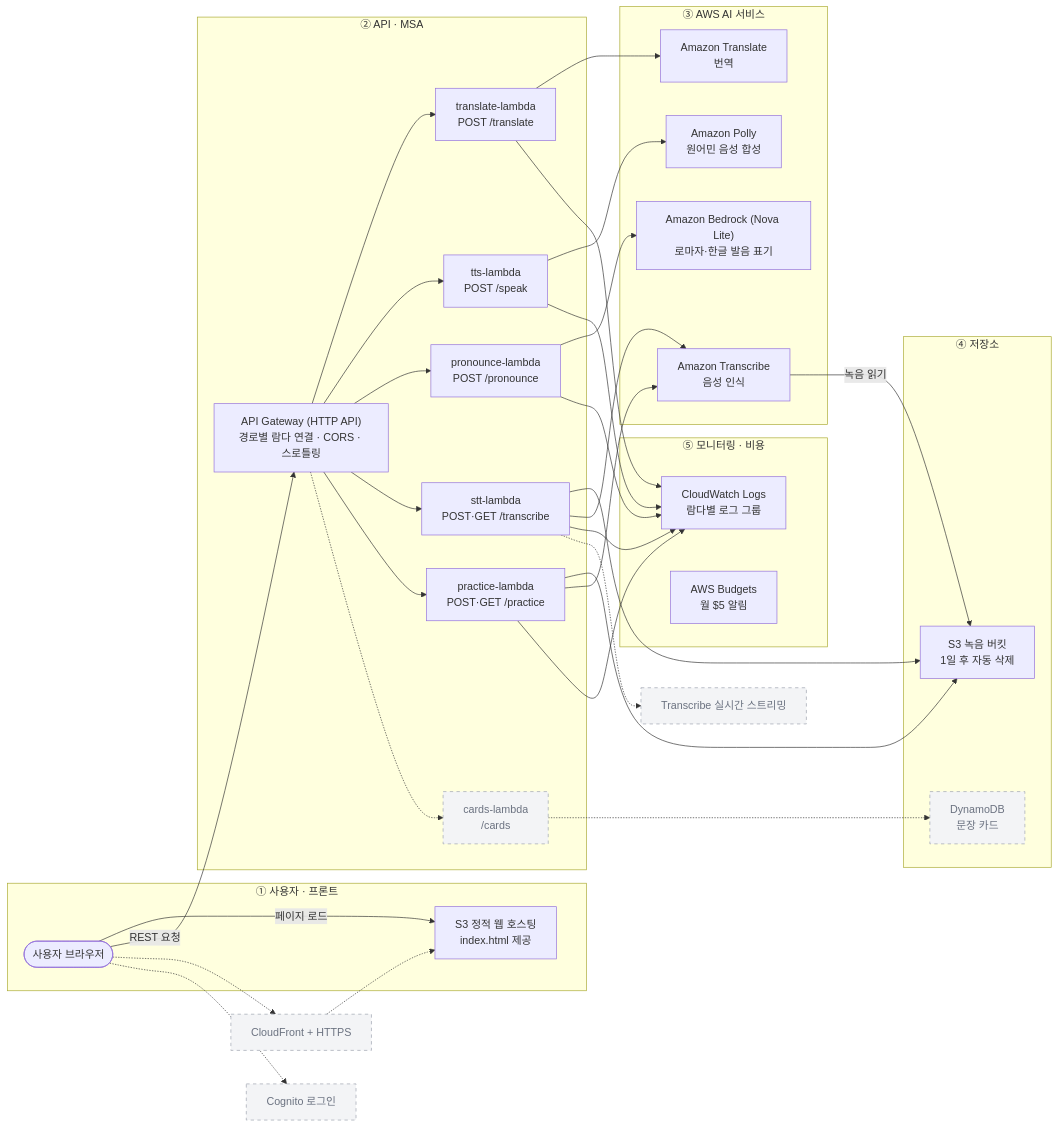
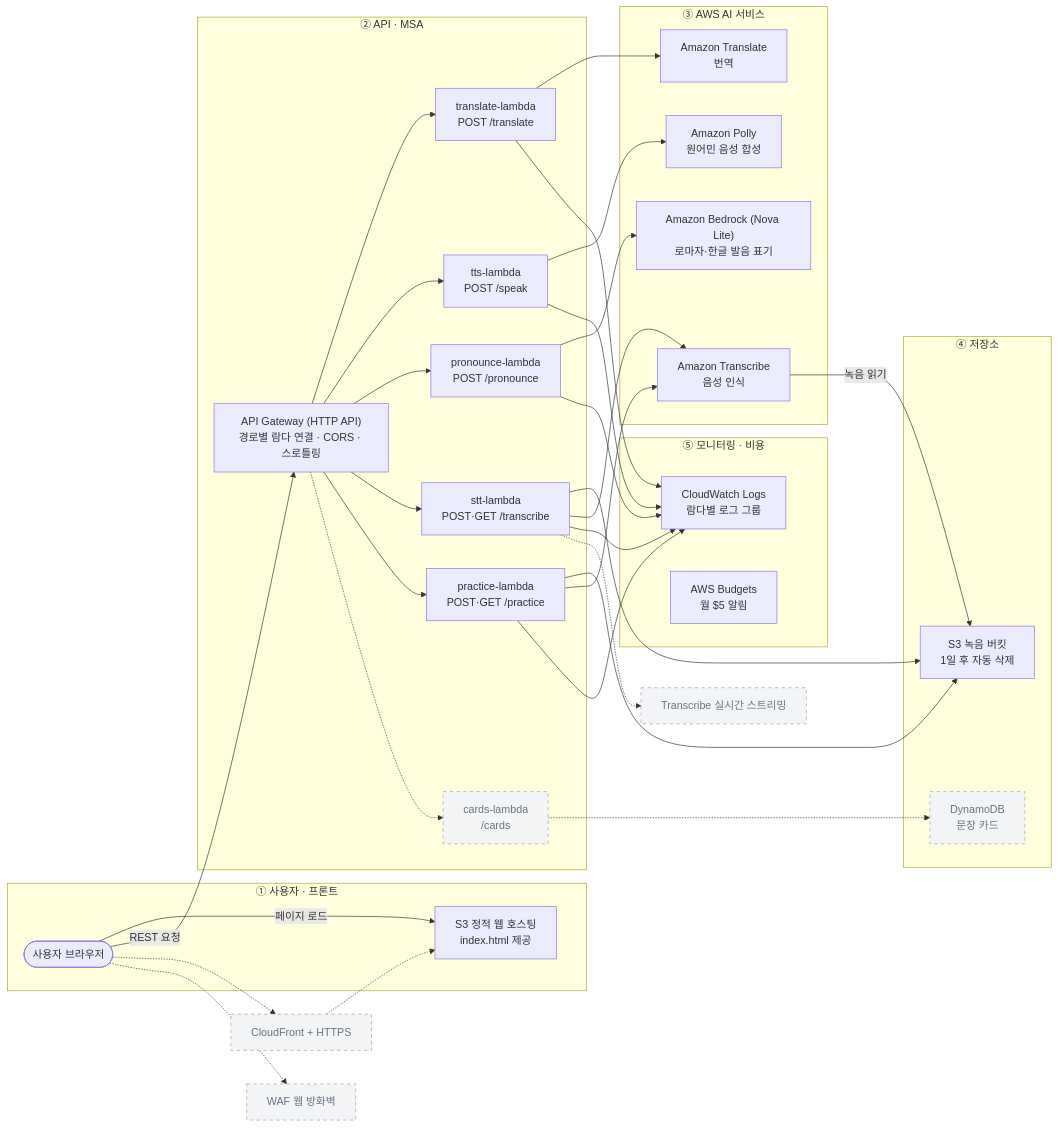
The diagram in architecture.md (kangtayie/Cloud-Native_final-report), drawn with Mermaid before and after one commit. The commit also changed 2 other files, not shown here.

Commit message:
docs: 아키텍처 엣지 보안 영역 간소화

````diff
--- a/architecture.md
+++ b/architecture.md
@@ -10,57 +10,57 @@
 ```mermaid
 flowchart LR
   subgraph FRONT["① 사용자 · 프론트"]
     U([사용자 브라우저])
     S3W["S3 정적 웹 호스팅<br/>index.html 제공"]
   end
 
   subgraph API["② API · MSA"]
     APIGW["API Gateway (HTTP API)<br/>경로별 람다 연결 · CORS · 스로틀링"]
     L1["translate-lambda<br/>POST /translate"]
     L2["tts-lambda<br/>POST /speak"]
     L3["pronounce-lambda<br/>POST /pronounce"]
     L4["stt-lambda<br/>POST·GET /transcribe"]
     L5["practice-lambda<br/>POST·GET /practice"]
     L6["cards-lambda<br/>/cards"]
   end
 
   subgraph AI["③ AWS AI 서비스"]
     TR["Amazon Translate<br/>번역"]
     PO["Amazon Polly<br/>원어민 음성 합성"]
     BR["Amazon Bedrock (Nova Lite)<br/>로마자·한글 발음 표기"]
     TS["Amazon Transcribe<br/>음성 인식"]
   end
 
   subgraph STORE["④ 저장소"]
     S3R["S3 녹음 버킷<br/>1일 후 자동 삭제"]
     DDB["DynamoDB<br/>문장 카드"]
   end
 
   subgraph OPS["⑤ 모니터링 · 비용"]
     CW["CloudWatch Logs<br/>람다별 로그 그룹"]
     BUD["AWS Budgets<br/>월 $5 알림"]
   end
 
   U -->|페이지 로드| S3W
   U -->|REST 요청| APIGW
   APIGW --> L1 --> TR
   APIGW --> L2 --> PO
   APIGW --> L3 --> BR
   APIGW --> L4 --> S3R
   L4 --> TS
   APIGW --> L5 --> S3R
   L5 --> TS
   TS -->|녹음 읽기| S3R
   APIGW -.-> L6 -.-> DDB
   L1 & L2 & L3 & L4 & L5 --> CW
 
   CF["CloudFront + HTTPS"]:::virtual
-  COG["Cognito 로그인"]:::virtual
+  WAF["WAF 웹 방화벽"]:::virtual
   STR["Transcribe 실시간 스트리밍"]:::virtual
   U -.-> CF -.-> S3W
-  U -.-> COG
+  U -.-> WAF
   L4 -.-> STR
 
   class L6,DDB virtual
   classDef virtual stroke-dasharray: 5 5,fill:#f3f4f6,color:#6b7280,stroke:#9ca3af
 ```
````
